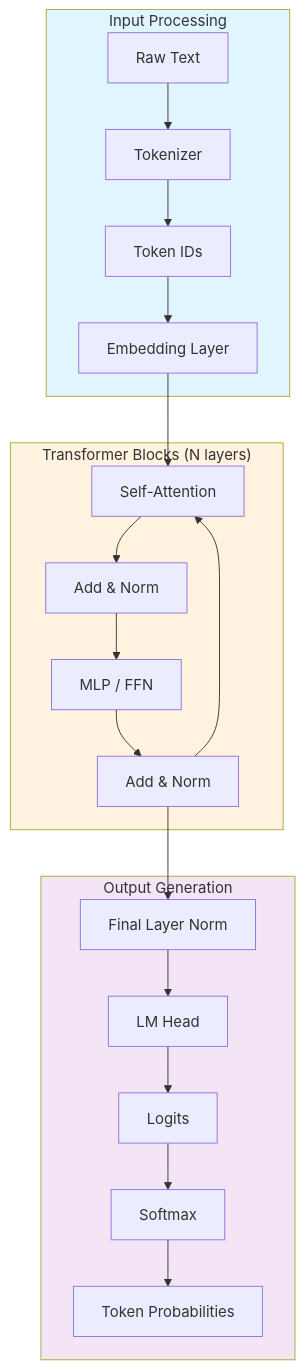
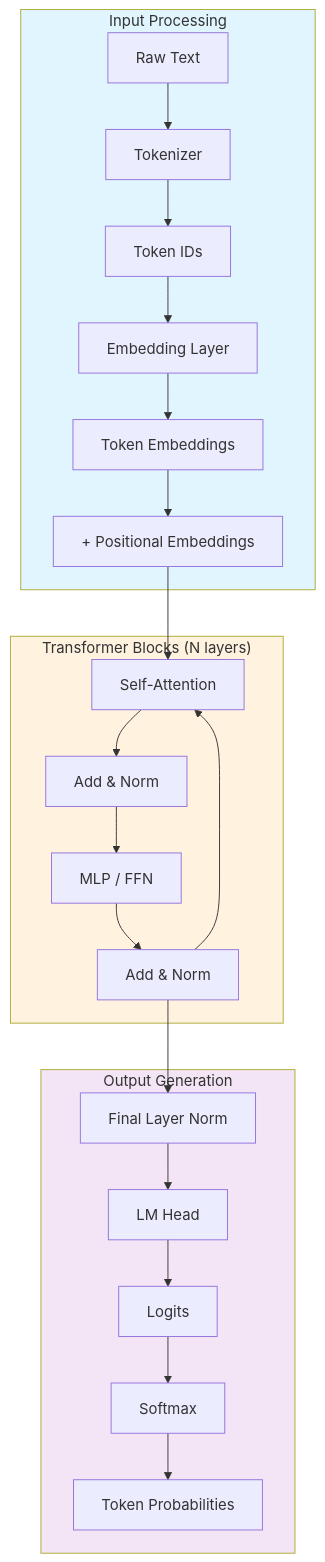
The diagram in content/02-introduction/01-llm-architecture.md (Parv17k/llm-fine-tuning-guide), drawn with Mermaid before and after one commit. The commit also changed other lines of this file and 1 other file, not shown here.

Commit message:
LLM architecture guide refined and remove not needed intro-overview.md

````diff
--- a/content/02-introduction/01-llm-architecture.md
+++ b/content/02-introduction/01-llm-architecture.md
@@ -70,28 +70,30 @@
 ```mermaid
 flowchart TB
     subgraph Input["Input Processing"]
         A[Raw Text] --> B[Tokenizer]
         B --> C[Token IDs]
         C --> D[Embedding Layer]
+        D --> E[Token Embeddings]
+        E --> F[+ Positional Embeddings]
     end
     
     subgraph Transformer["Transformer Blocks (N layers)"]
-        D --> E[Self-Attention]
-        E --> F[Add & Norm]
-        F --> G[MLP / FFN]
+        F --> G[Self-Attention]
         G --> H[Add & Norm]
-        H --> E
+        H --> I[MLP / FFN]
+        I --> J[Add & Norm]
+        J --> G
     end
     
     subgraph Output["Output Generation"]
-        H --> I[Final Layer Norm]
-        I --> J[LM Head]
-        J --> K[Logits]
-        K --> L[Softmax]
-        L --> M[Token Probabilities]
+        J --> K[Final Layer Norm]
+        K --> L[LM Head]
+        L --> M[Logits]
+        M --> N[Softmax]
+        N --> O[Token Probabilities]
     end
     
     style Input fill:#e1f5fe
     style Transformer fill:#fff3e0
     style Output fill:#f3e5f5
 ```
````
